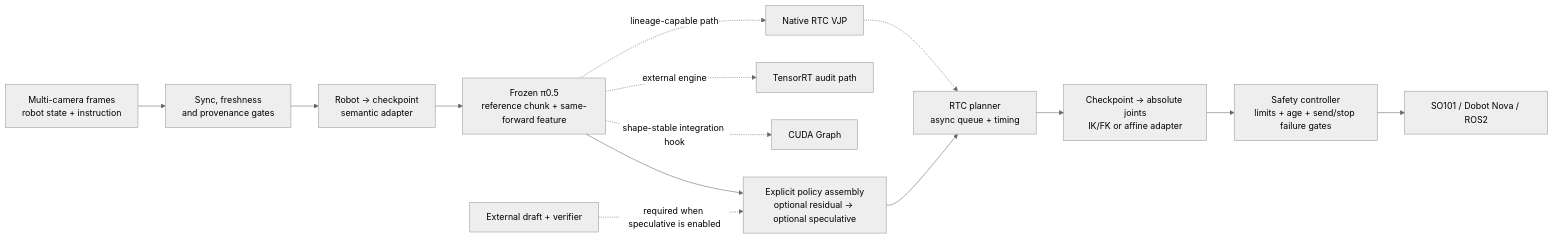
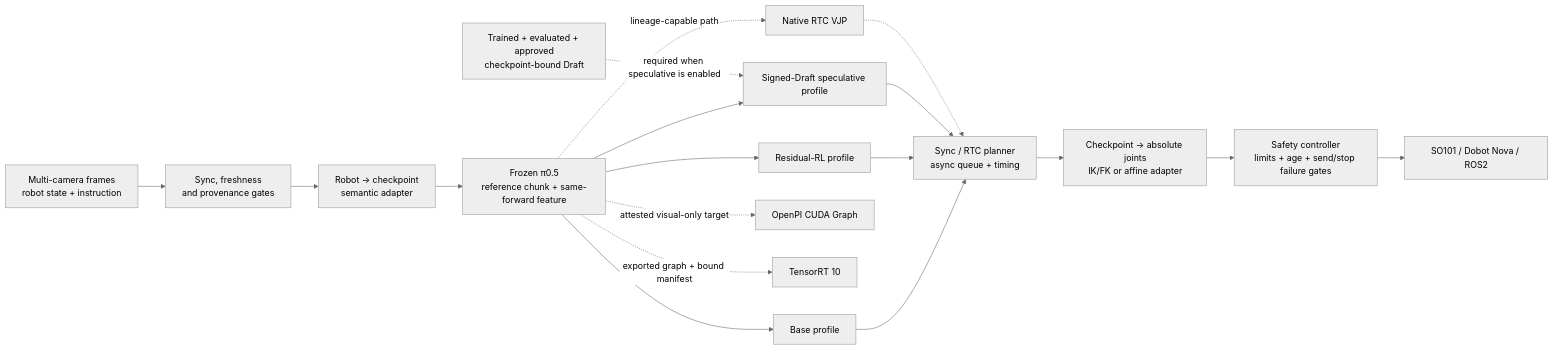
The diagram in examples/embodiment/fibocom_vla/README.md (xlr1012514182/RLinf), drawn with Mermaid (neutral theme) before and after one commit. The commit also changed other lines of this file and 24 other files, not shown here.

````diff
--- a/examples/embodiment/fibocom_vla/README.md
+++ b/examples/embodiment/fibocom_vla/README.md
@@ -34,17 +41,21 @@
 ```mermaid
 flowchart LR
     O["Multi-camera frames<br/>robot state + instruction"] --> G["Sync, freshness<br/>and provenance gates"]
     G --> S["Robot → checkpoint<br/>semantic adapter"]
     S --> P["Frozen π0.5<br/>reference chunk + same-forward feature"]
-    P --> W["Explicit policy assembly<br/>optional residual → optional speculative"]
-    W --> Q["RTC planner<br/>async queue + timing"]
+    P --> B["Base profile"]
+    P --> R["Residual-RL profile"]
+    P --> W["Signed-Draft speculative profile"]
+    B --> Q["Sync / RTC planner<br/>async queue + timing"]
+    R --> Q
+    W --> Q
     Q --> A["Checkpoint → absolute joints<br/>IK/FK or affine adapter"]
     A --> C["Safety controller<br/>limits + age + send/stop failure gates"]
     C --> H["SO101 / Dobot Nova / ROS2"]
 
-    P -. "shape-stable integration hook" .-> CG["CUDA Graph"]
-    P -. "external engine" .-> TR["TensorRT audit path"]
-    EXT["External draft + verifier"] -. "required when speculative is enabled" .-> W
+    P -. "attested visual-only target" .-> CG["OpenPI CUDA Graph"]
+    P -. "exported graph + bound manifest" .-> TR["TensorRT 10"]
+    EXT["Trained + evaluated + approved<br/>checkpoint-bound Draft"] -. "required when speculative is enabled" .-> W
     P -. "lineage-capable path" .-> NR["Native RTC VJP"]
     NR -.-> Q
 ```
````
